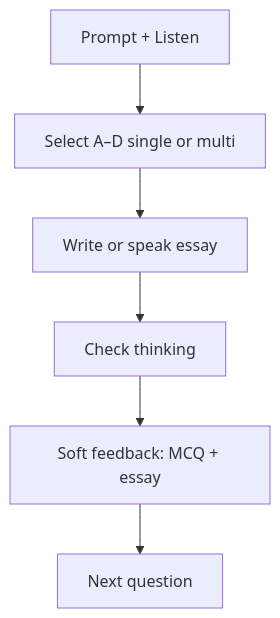
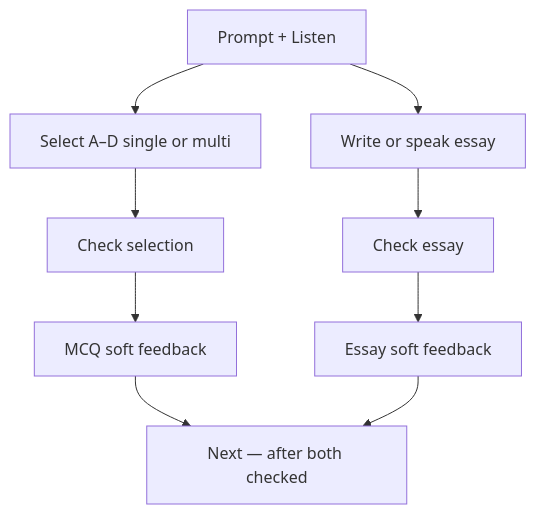
Before and after one commit to zilinli/ryan_learning: the diagram in docs/subsystems/ted-challenge-hybrid-mcq.md, drawn with Mermaid. The commit also changed other lines of this file and 4 other files, not shown here.

First line of the commit message:
fix(ted): independent Check selection and Check essay on Challenge

````diff
--- a/docs/subsystems/ted-challenge-hybrid-mcq.md
+++ b/docs/subsystems/ted-challenge-hybrid-mcq.md
@@ -44,8 +50,11 @@
 ```mermaid
 flowchart TD
   Prompt[Prompt + Listen] --> MCQ[Select A–D single or multi]
-  MCQ --> Essay[Write or speak essay]
-  Essay --> Check[Check thinking]
-  Check --> FB[Soft feedback: MCQ + essay]
-  FB --> Next[Next question]
+  Prompt --> Essay[Write or speak essay]
+  MCQ --> CheckMCQ[Check selection]
+  Essay --> CheckEssay[Check essay]
+  CheckMCQ --> FBm[MCQ soft feedback]
+  CheckEssay --> FBe[Essay soft feedback]
+  FBm --> Next[Next — after both checked]
+  FBe --> Next
 ```
````
